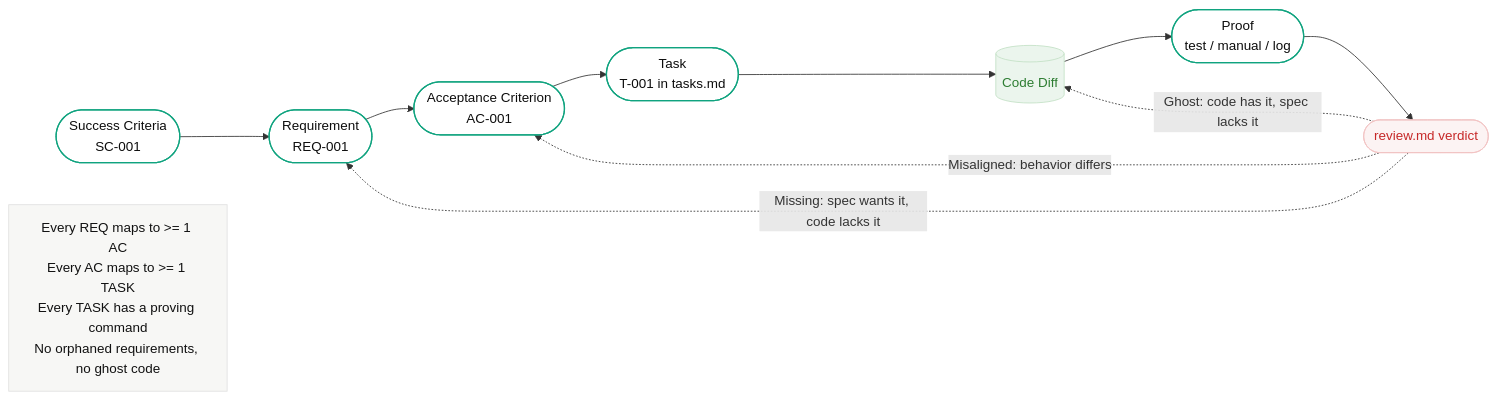
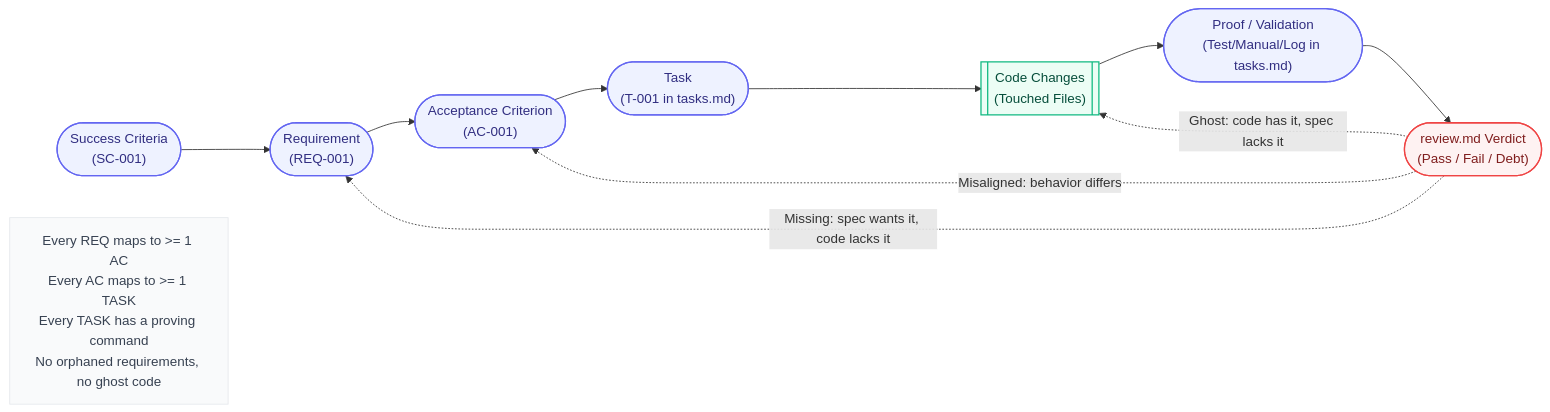
The diagram in documents/diagrams/corezero-traceability.mmd (thaihai-swe/CoreZero-Nexus), drawn with Mermaid before and after one commit. The commit also changed 66 other files, not shown here.

```diff
--- a/documents/diagrams/corezero-traceability.mmd
+++ b/documents/diagrams/corezero-traceability.mmd
@@ -1,24 +1,22 @@
 flowchart LR
     %% Traceability Chain — every line of code traces to a requirement and a proof
 
-    SC([Success Criteria<br/>SC-001]) --> REQ([Requirement<br/>REQ-001])
-    REQ --> AC([Acceptance Criterion<br/>AC-001])
-    AC --> TASK([Task<br/>T-001 in tasks.md])
-    TASK --> CODE[(Code Diff)]
-    CODE --> PROOF([Proof<br/>test / manual / log])
-    PROOF --> REV([review.md verdict])
+    SC(["Success Criteria<br/>(SC-001)"]) --> REQ(["Requirement<br/>(REQ-001)"])
+    REQ --> AC(["Acceptance Criterion<br/>(AC-001)"])
+    AC --> TASK(["Task<br/>(T-001 in tasks.md)"])
+    TASK --> CODE[["Code Changes<br/>(Touched Files)"]]:::code
+    CODE --> PROOF(["Proof / Validation<br/>(Test/Manual/Log in tasks.md)"])
+    PROOF --> REV(["review.md Verdict<br/>(Pass / Fail / Debt)"]):::review
 
     REV -.->|Missing: spec wants it, code lacks it| REQ
     REV -.->|Ghost: code has it, spec lacks it| CODE
     REV -.->|Misaligned: behavior differs| AC
 
     NOTE["Every REQ maps to >= 1 AC<br/>Every AC maps to >= 1 TASK<br/>Every TASK has a proving command<br/>No orphaned requirements, no ghost code"]:::note
 
-    classDef chain fill:#fff,stroke:#10a37f,color:#0d0d0d,stroke-width:1.5px
-    classDef code fill:#ebf5ed,stroke:#c3e0c5,color:#2d7d32
-    classDef review fill:#fcf3f3,stroke:#f2c4c4,color:#c62828
-    classDef note fill:#f7f7f5,stroke:#e0e0e0,color:#111
+    classDef chain fill:#eef2ff,stroke:#6366f1,color:#312e81,stroke-width:1.5px
+    classDef code fill:#ecfdf5,stroke:#10b981,color:#064e3b,stroke-width:1.5px
+    classDef review fill:#fef2f2,stroke:#ef4444,color:#7f1d1d,stroke-width:1.5px
+    classDef note fill:#f9fafb,stroke:#e5e7eb,color:#374151
 
     class SC,REQ,AC,TASK,PROOF chain
-    class CODE code
-    class REV review
```
